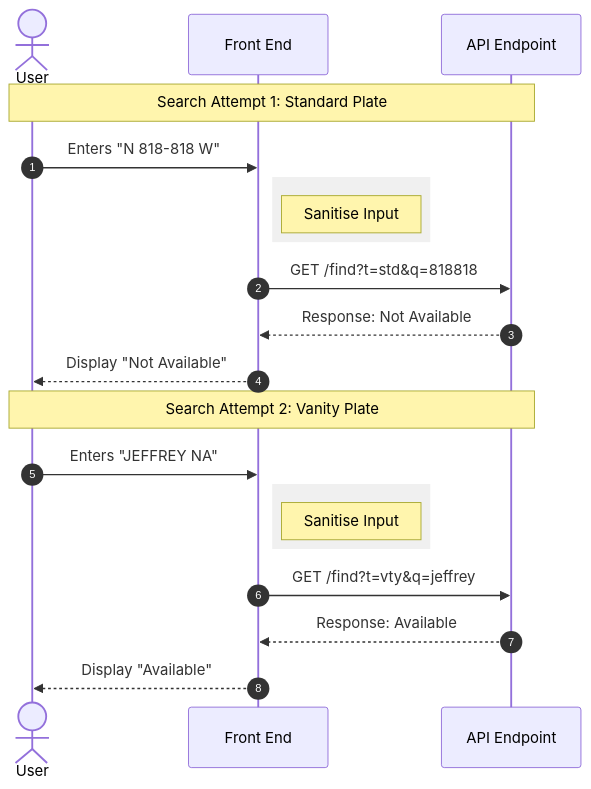
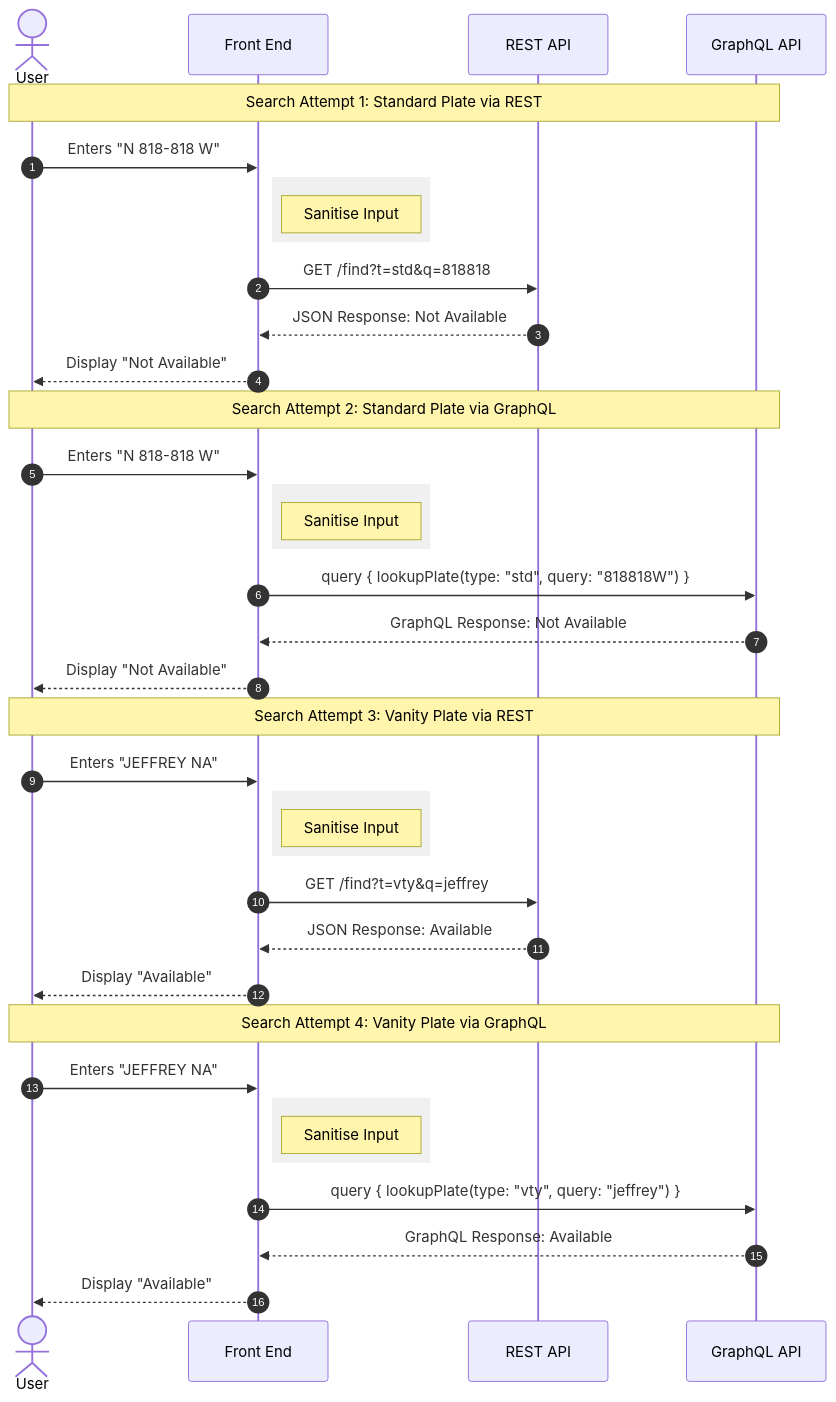
One commit to m-spangenberg/demo-number-plates changed the first of 4 diagrams in README.md. Above: the diagram before and after it, drawn with Mermaid.

Commit message:
update sequence diagram in README.md to include REST and GraphQL API interactions for standard and vanity plate searches

````diff
--- a/README.md
+++ b/README.md
@@ -9,25 +9,44 @@
 ```mermaid
 sequenceDiagram
     autonumber
     actor User
     participant FE as Front End
-    participant API as API Endpoint
+    participant REST as REST API
+    participant GQL as GraphQL API
 
-    Note over User, API: Search Attempt 1: Standard Plate
+    Note over User, GQL: Search Attempt 1: Standard Plate via REST
     User->>FE: Enters "N 818-818 W"
     rect rgb(240, 240, 240)
         Note right of FE: Sanitise Input
     end
-    FE->>API: GET /find?t=std&q=818818
-    API-->>FE: Response: Not Available
+    FE->>REST: GET /find?t=std&q=818818
+    REST-->>FE: JSON Response: Not Available
     FE-->>User: Display "Not Available"
 
-    Note over User, API: Search Attempt 2: Vanity Plate
+    Note over User, GQL: Search Attempt 2: Standard Plate via GraphQL
+    User->>FE: Enters "N 818-818 W"
+    rect rgb(240, 240, 240)
+        Note right of FE: Sanitise Input
+    end
+    FE->>GQL: query { lookupPlate(type: "std", query: "818818W") }
+    GQL-->>FE: GraphQL Response: Not Available
+    FE-->>User: Display "Not Available"
+
+    Note over User, GQL: Search Attempt 3: Vanity Plate via REST
     User->>FE: Enters "JEFFREY NA"
     rect rgb(240, 240, 240)
         Note right of FE: Sanitise Input
     end
-    FE->>API: GET /find?t=vty&q=jeffrey
-    API-->>FE: Response: Available
+    FE->>REST: GET /find?t=vty&q=jeffrey
+    REST-->>FE: JSON Response: Available
+    FE-->>User: Display "Available"
+
+    Note over User, GQL: Search Attempt 4: Vanity Plate via GraphQL
+    User->>FE: Enters "JEFFREY NA"
+    rect rgb(240, 240, 240)
+        Note right of FE: Sanitise Input
+    end
+    FE->>GQL: query { lookupPlate(type: "vty", query: "jeffrey") }
+    GQL-->>FE: GraphQL Response: Available
     FE-->>User: Display "Available"
 ```
````
